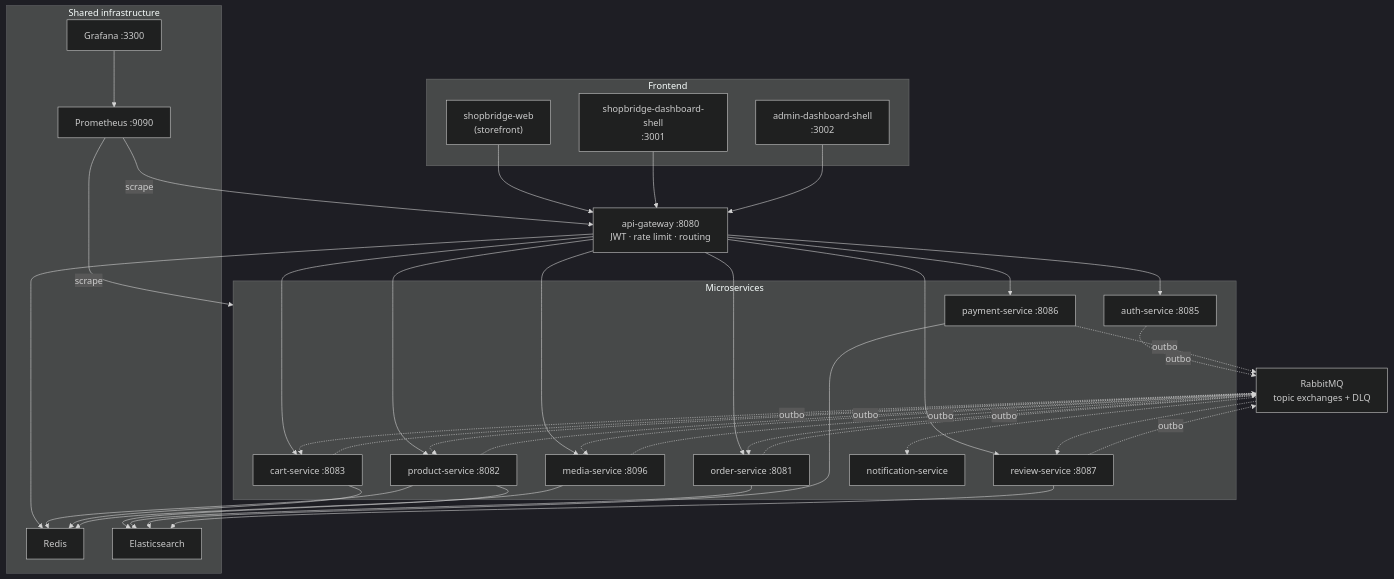
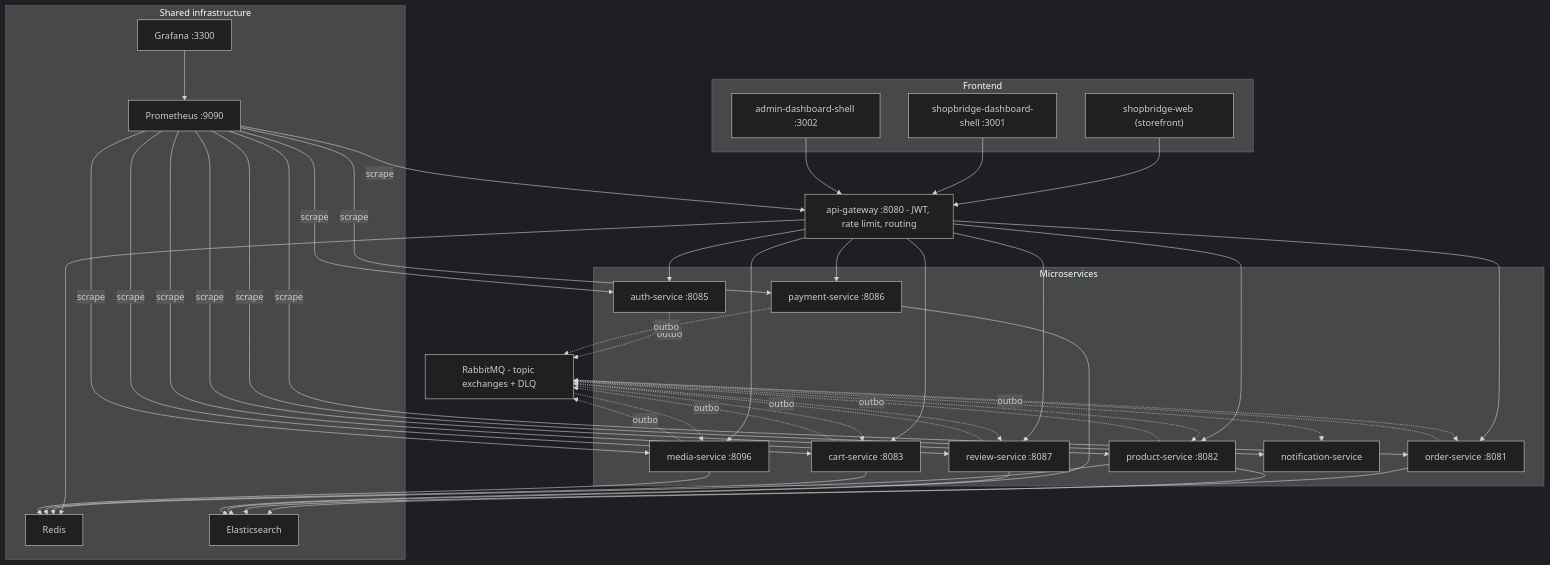
One commit to Oldzhay34/ecommerce-microservice changed the diagram in README.md. Above: the diagram before and after it, drawn with Mermaid (dark theme). The commit also changed 1 other file, not shown here.

Commit message:
new version

````diff
--- a/README.md
+++ b/README.md
@@ -35,44 +35,78 @@
 ```mermaid
 flowchart TB
     subgraph FE["Frontend"]
-        SW["shopbridge-web<br/>(storefront)"]
-        SDS["shopbridge-dashboard-shell<br/>:3001"]
-        ADS["admin-dashboard-shell<br/>:3002"]
+        SW["shopbridge-web (storefront)"]
+        SDS["shopbridge-dashboard-shell :3001"]
+        ADS["admin-dashboard-shell :3002"]
     end
 
-    GW["api-gateway :8080<br/>JWT · rate limit · routing"]
+    GW["api-gateway :8080 - JWT, rate limit, routing"]
 
     subgraph SVC["Microservices"]
         AUTH["auth-service :8085"]
         PROD["product-service :8082"]
         CART["cart-service :8083"]
         ORD["order-service :8081"]
         PAY["payment-service :8086"]
         REV["review-service :8087"]
         MED["media-service :8096"]
         NOT["notification-service"]
     end
 
-    MQ["RabbitMQ<br/>topic exchanges + DLQ"]
+    MQ["RabbitMQ - topic exchanges + DLQ"]
 
     subgraph INFRA["Shared infrastructure"]
         RD["Redis"]
         ES["Elasticsearch"]
         PROM["Prometheus :9090"]
         GRAF["Grafana :3300"]
     end
 
     SW --> GW
     SDS --> GW
     ADS --> GW
-    GW --> AUTH & PROD & CART & ORD & PAY & REV & MED
 
-    AUTH & PROD & CART & ORD & PAY & REV & MED -.outbox.-> MQ
+    GW --> AUTH
+    GW --> PROD
+    GW --> CART
+    GW --> ORD
+    GW --> PAY
+    GW --> REV
+    GW --> MED
+
+    AUTH -.outbox.-> MQ
+    PROD -.outbox.-> MQ
+    CART -.outbox.-> MQ
+    ORD -.outbox.-> MQ
+    PAY -.outbox.-> MQ
+    REV -.outbox.-> MQ
+    MED -.outbox.-> MQ
+
     MQ -.-> NOT
-    MQ -.-> PROD & CART & ORD & REV & MED
+    MQ -.-> PROD
+    MQ -.-> CART
+    MQ -.-> ORD
+    MQ -.-> REV
+    MQ -.-> MED
 
-    GW & PROD & CART & MED --> RD
-    PROD & ORD & PAY & REV --> ES
-    PROM -->|scrape| GW & SVC
+    GW --> RD
+    PROD --> RD
+    CART --> RD
+    MED --> RD
+
+    PROD --> ES
+    ORD --> ES
+    PAY --> ES
+    REV --> ES
+
+    PROM -->|scrape| GW
+    PROM -->|scrape| AUTH
+    PROM -->|scrape| PROD
+    PROM -->|scrape| CART
+    PROM -->|scrape| ORD
+    PROM -->|scrape| PAY
+    PROM -->|scrape| REV
+    PROM -->|scrape| MED
+    PROM -->|scrape| NOT
     GRAF --> PROM
 ```
````
